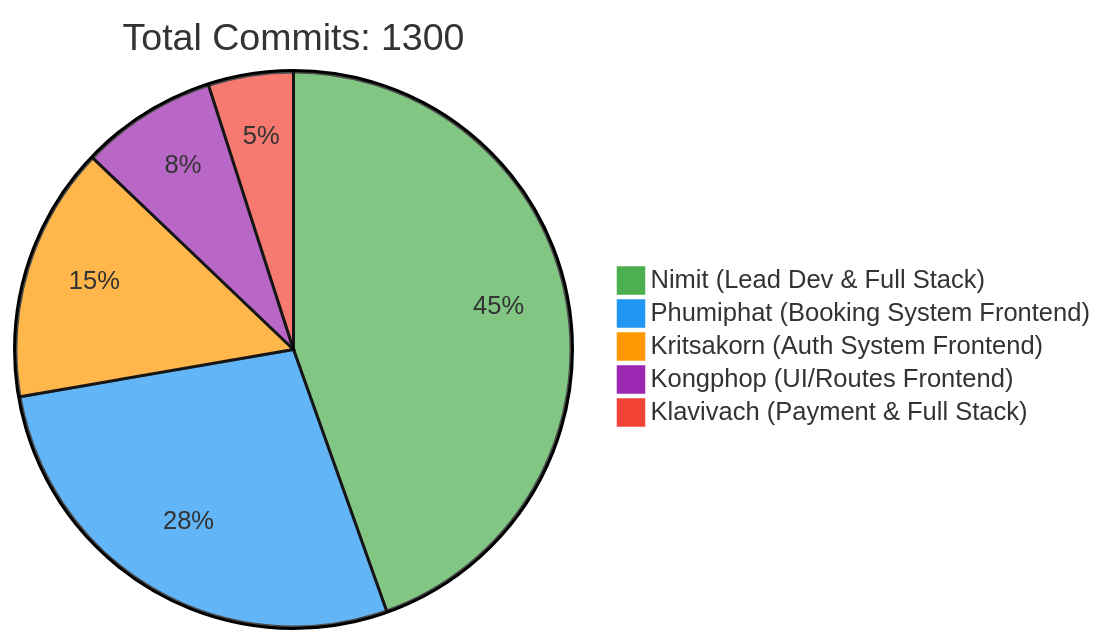
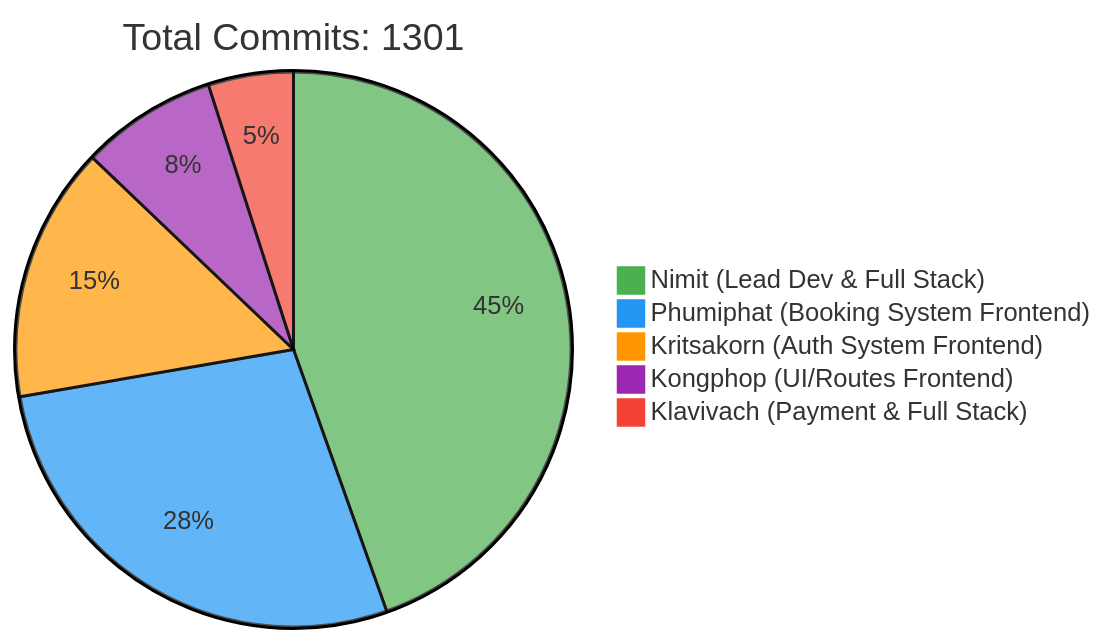
The first of 2 diagrams in README.md (6531503042/Sport-Complex), drawn with Mermaid before and after one commit. The commit also changed other lines of this file, not shown here.

Commit message:
docs: Update contributor statistics [skip ci]

````diff
--- a/README.md
+++ b/README.md
@@ -257,10 +257,10 @@
 ```mermaid
 %%{init: {'theme': 'base', 'themeVariables': { 'pie1': '#4CAF50', 'pie2': '#2196F3', 'pie3': '#FF9800', 'pie4': '#9C27B0', 'pie5': '#F44336'}}}%%
 pie
-    title Total Commits: 1300
+    title Total Commits: 1301
     "Nimit (Lead Dev & Full Stack)" : 450
     "Phumiphat (Booking System Frontend)" : 280
     "Kritsakorn (Auth System Frontend)" : 150
     "Kongphop (UI/Routes Frontend)" : 80
     "Klavivach (Payment & Full Stack)" : 50
 ```
````
